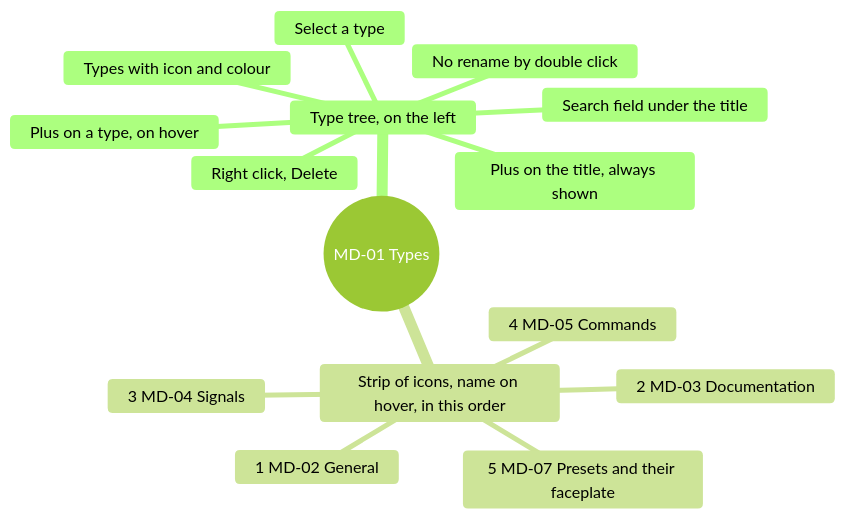
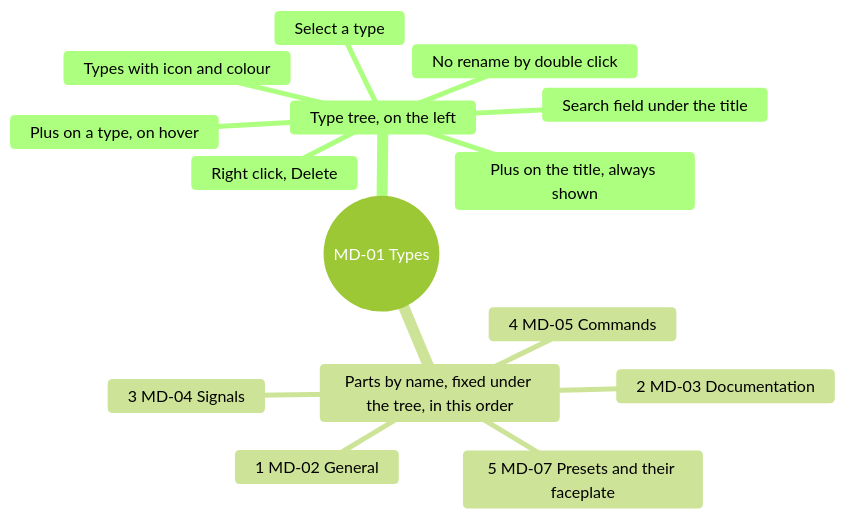
The second of 14 diagrams in screens/metadata.md (AlexandreGallais/synoptic-studio-spec), drawn with Mermaid (forest theme) before and after one commit. The commit also changed other lines of this file and 5 other files, not shown here.

First line of the commit message:
docs(metadata): settle quantity column and list parts under the tree

````diff
--- a/screens/metadata.md
+++ b/screens/metadata.md
@@ -34,18 +40,18 @@
 ```mermaid
 mindmap
   root((MD-01 Types))
     Type tree, on the left
       Plus on the title, always shown
       Search field under the title
       Types with icon and colour
       Plus on a type, on hover
       Select a type
       Right click, Delete
       No rename by double click
-    Strip of icons, name on hover, in this order
+    Parts by name, fixed under the tree, in this order
       1 MD-02 General
       2 MD-03 Documentation
       3 MD-04 Signals
       4 MD-05 Commands
       5 MD-07 Presets and their faceplate
 ```
````
